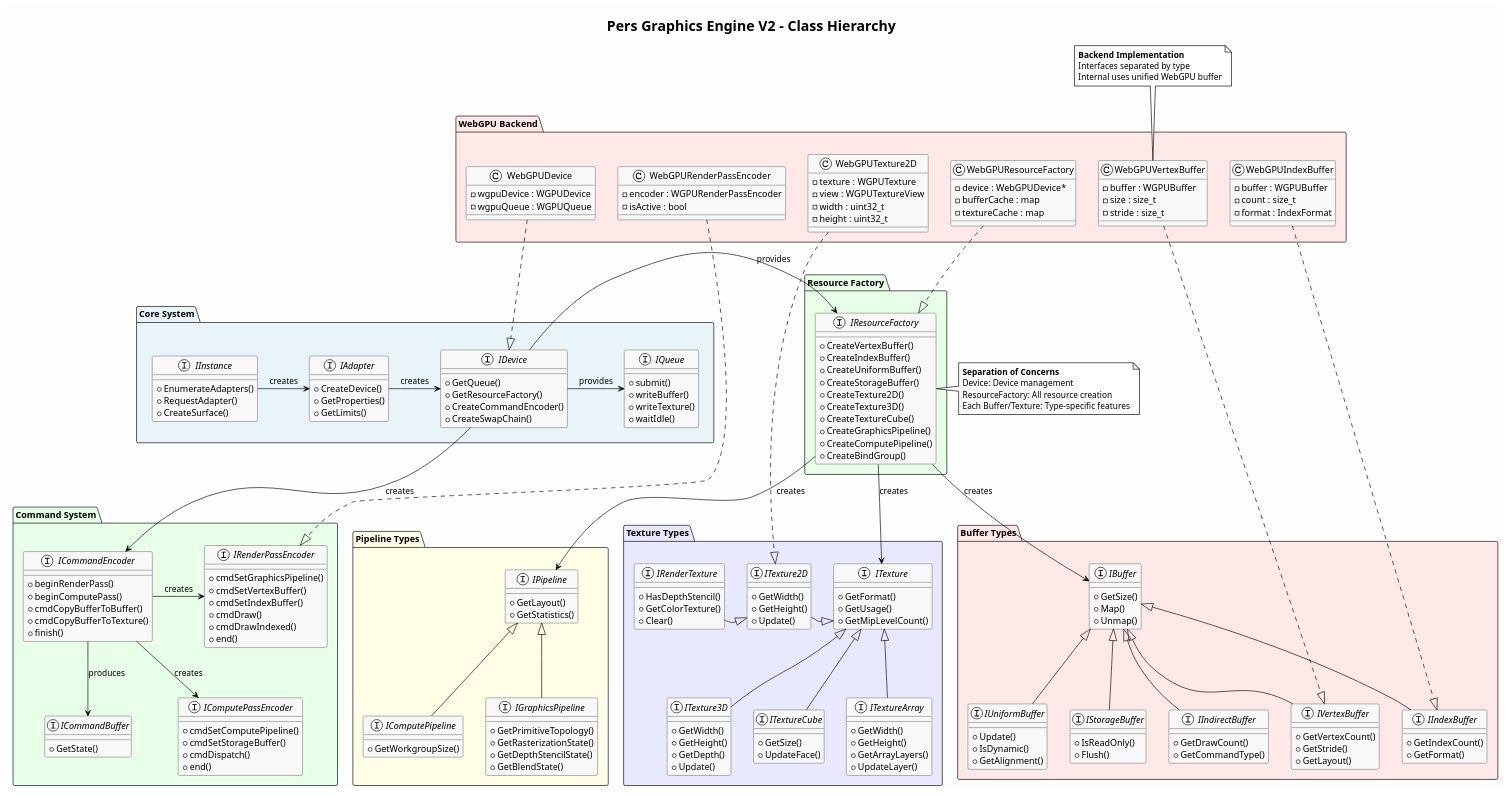
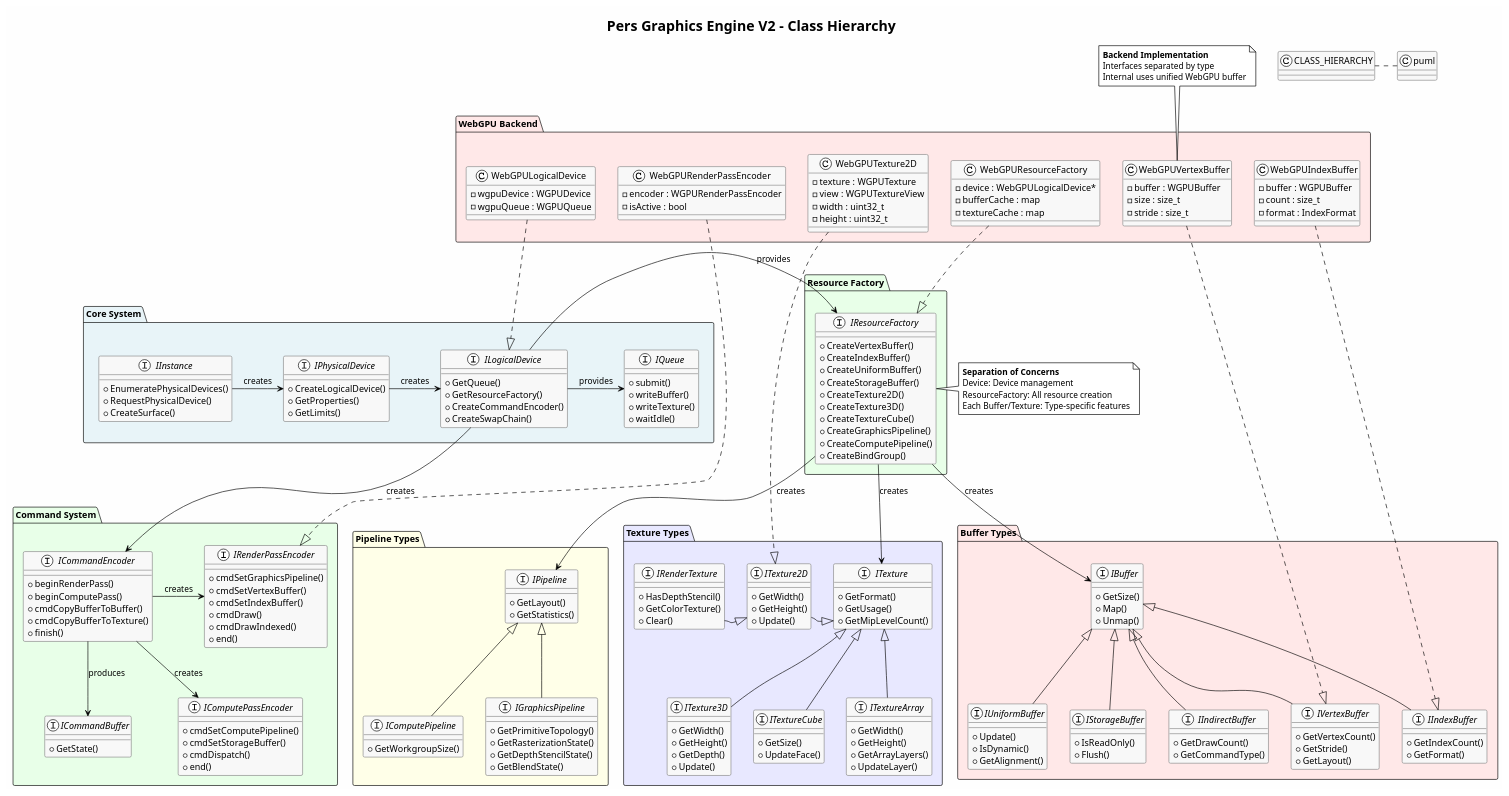
The diagram in docs/renderer-core-design-v2/CLASS_HIERARCHY.puml (cru31/pers), drawn with PlantUML before and after one commit. The commit also changed 36 other files, not shown here.

```diff
--- a/docs/renderer-core-design-v2/CLASS_HIERARCHY.puml
+++ b/docs/renderer-core-design-v2/CLASS_HIERARCHY.puml
@@ -9,18 +9,18 @@
 package "Core System" #E8F4F8 {
     together {
         interface IInstance {
-            + EnumerateAdapters()
-            + RequestAdapter()
+            + EnumeratePhysicalDevices()
+            + RequestPhysicalDevice()
             + CreateSurface()
         }
 
-        interface IAdapter {
-            + CreateDevice()
+        interface IPhysicalDevice {
+            + CreateLogicalDevice()
             + GetProperties()
             + GetLimits()
         }
 
-        interface IDevice {
+        interface ILogicalDevice {
             + GetQueue()
             + GetResourceFactory()
             + CreateCommandEncoder()
@@ -35,9 +35,9 @@
         }
     }
     
-    IInstance --> IAdapter : creates
-    IAdapter --> IDevice : creates
-    IDevice --> IQueue : provides
+    IInstance --> IPhysicalDevice : creates
+    IPhysicalDevice --> ILogicalDevice : creates
+    ILogicalDevice --> IQueue : provides
 }
 
 ' Resource Factory
@@ -55,7 +55,7 @@
         + CreateBindGroup()
     }
     
-     IDevice --> IResourceFactory : provides
+     ILogicalDevice --> IResourceFactory : provides
 }
 
 ' Buffer Hierarchy
@@ -205,13 +205,13 @@
 
 ' WebGPU Implementation
 package "WebGPU Backend" #FFE8E8 {
-    class WebGPUDevice {
+    class WebGPULogicalDevice {
         - wgpuDevice : WGPUDevice
         - wgpuQueue : WGPUQueue
     }
 
     class WebGPUResourceFactory {
-        - device : WebGPUDevice*
+        - device : WebGPULogicalDevice*
         - bufferCache : map
         - textureCache : map
     }
@@ -240,7 +240,7 @@
         - isActive : bool
     }
 
-    WebGPUDevice ..|> IDevice
+    WebGPULogicalDevice ..|> ILogicalDevice
     WebGPUResourceFactory ..|> IResourceFactory
     WebGPUVertexBuffer ..|> IVertexBuffer
     WebGPUIndexBuffer ..|> IIndexBuffer
@@ -253,15 +253,15 @@
 IResourceFactory --> ITexture : creates
 IResourceFactory --> IPipeline : creates
 
-IDevice --> ICommandEncoder : creates
+ILogicalDevice --> ICommandEncoder : creates
 
-IInstance -[hidden]right->IAdapter
-IAdapter -[hidden]right->IDevice
-IDevice -[hidden]right->IQueue
+IInstance -[hidden]right->IPhysicalDevice
+IPhysicalDevice -[hidden]right->ILogicalDevice
+ILogicalDevice -[hidden]right->IQueue
 
 ITexture -[hidden]right->ITexture2D
 ITexture2D -[hidden]left->IRenderTexture
-IDevice-[hidden]right->IResourceFactory
+ILogicalDevice-[hidden]right->IResourceFactory
 
 
 ICommandEncoder -[hidden]right->IRenderPassEncoder
@@ -279,5 +279,5 @@
     Interfaces separated by type
     Internal uses unified WebGPU buffer
 end note
-
+CLASS_HIERARCHY.puml
 @enduml
```
